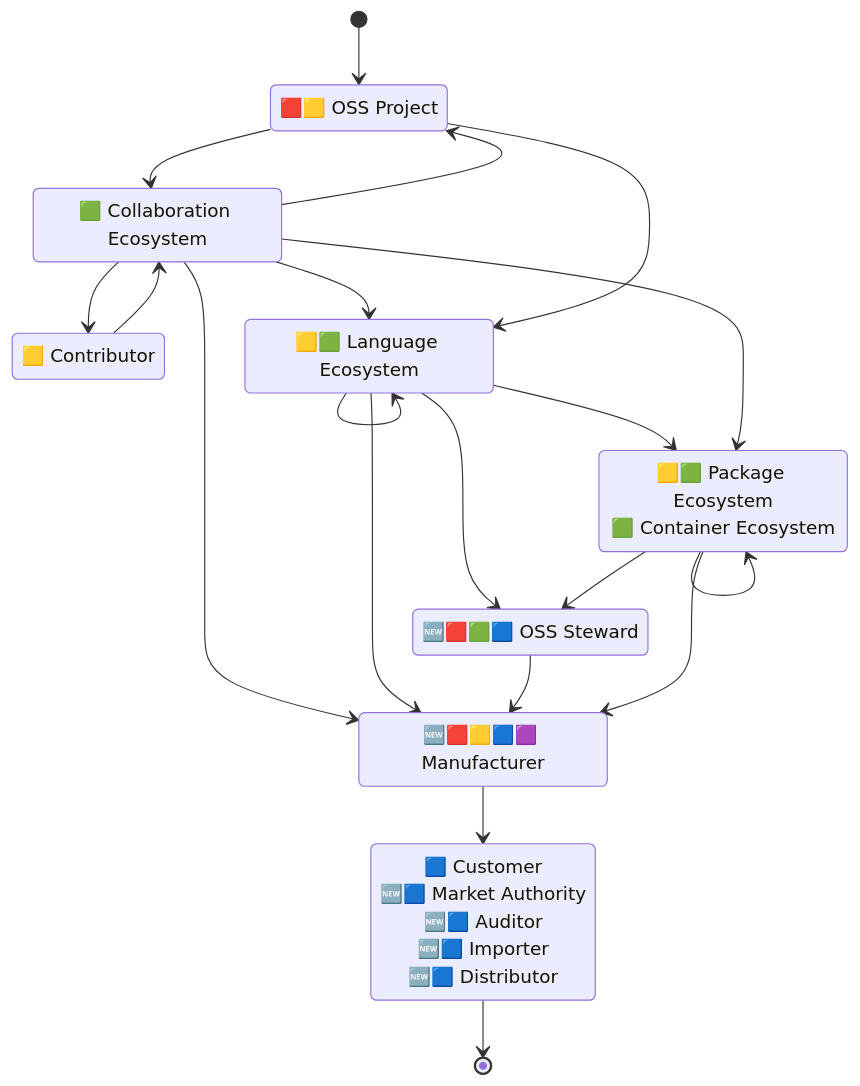
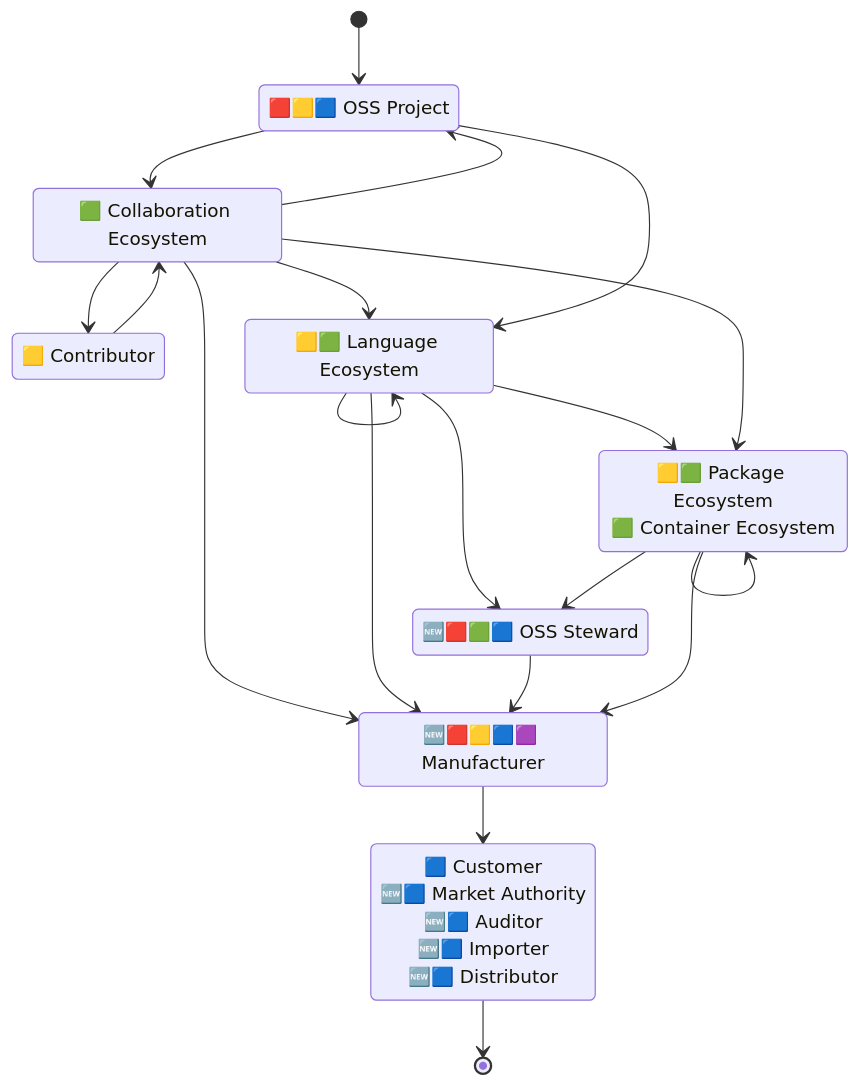
Before and after one commit to CPAN-Security/security.metacpan.org: the first of 2 diagrams in docs/eu-cra-summary.md, drawn with Mermaid. The commit also changed 1 other file, not shown here.

Commit message:
OSS projects may verify metadata

````diff
--- a/docs/eu-cra-summary.md
+++ b/docs/eu-cra-summary.md
@@ -364,43 +364,43 @@
 ```mermaid
 stateDiagram-v2
     direction TB
 
-    state "🟥🟨 OSS Project" as environment_opensource
+    state "🟥🟨🟦 OSS Project" as environment_opensource
     state "🟨 Contributor" as environment_contributor
     state "🟩 Collaboration Ecosystem" as ecosystem_repo
     state "🟨🟩 Language Ecosystem" as ecosystem_lang
     state "🟨🟩 Package Ecosystem<br>🟩 Container Ecosystem" as ecosystem_package
     %%state "🟨🟩 Package Ecosystem" as ecosystem_package
     %%state "🟩 Container Ecosystem" as ecosystem_container
     state "🆕🟥🟩🟦 OSS Steward" as ecosystem_steward
     state "🆕🟥🟨🟦🟪 Manufacturer" as environment_manufacturer
     state "🟦 Customer<br>🆕🟦 Market Authority<br>🆕🟦 Auditor<br>🆕🟦 Importer<br>🆕🟦 Distributor" as authority_auditor
 
     [*]                      --> environment_opensource
     ecosystem_repo           --> environment_opensource
     ecosystem_lang           --> ecosystem_package
     ecosystem_repo           --> ecosystem_package
     ecosystem_repo           --> ecosystem_lang
     %%ecosystem_repo           --> ecosystem_container
     ecosystem_repo           --> environment_manufacturer
     ecosystem_repo           --> environment_contributor
     environment_contributor  --> ecosystem_repo
     environment_opensource   --> ecosystem_lang
     environment_opensource   --> ecosystem_repo
     %%ecosystem_package        --> ecosystem_container
     %%ecosystem_lang           --> ecosystem_container
     ecosystem_lang           --> ecosystem_steward
     ecosystem_lang           --> environment_manufacturer
     ecosystem_steward        --> environment_manufacturer
     ecosystem_package        --> ecosystem_steward
     %%ecosystem_container      --> ecosystem_steward
     environment_manufacturer --> authority_auditor
     %%ecosystem_container      --> environment_manufacturer
     ecosystem_package        --> environment_manufacturer
     ecosystem_lang           --> ecosystem_lang
     ecosystem_package        --> ecosystem_package
     authority_auditor        --> [*]
 
     %% Copyright © 2025 Salve J. Nilsen <sjn@oslo.pm>
     %% Some rights reserved. Licensed CC-BY-SA-4.0
 ```
````
